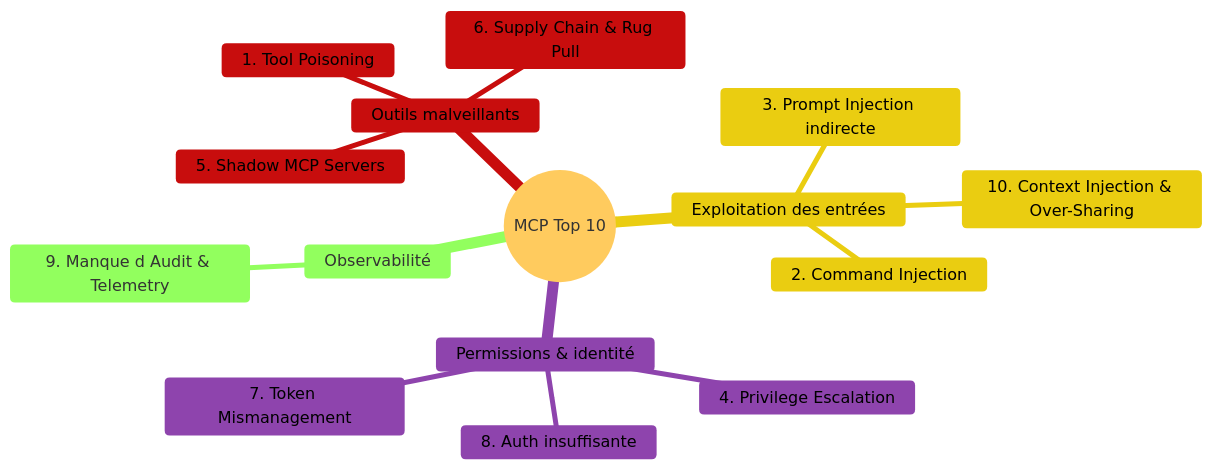
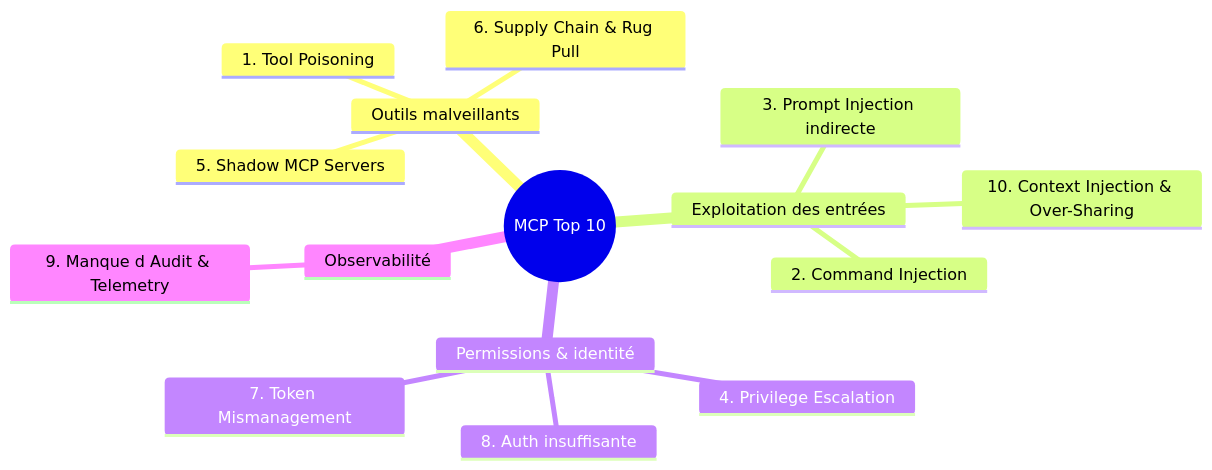
The second of 9 diagrams in step_12.md (pi-2r/devoxxfr2026-workshop-jailbreak-prompt-injection-mcp-poisoning), drawn with Mermaid before and after one commit.

Commit message:
make borders with the same colors

````diff
--- a/step_12.md
+++ b/step_12.md
@@ -93,19 +93,18 @@
 ```mermaid
-%%{init: {'theme': 'base', 'themeVariables': {'cScale0': '#1f870a', 'cScaleLabel0': '#000000', 'cBorder0': '#1f870a', 'cScale1': '#c80d0d', 'cScaleLabel1': '#000000', 'cBorder1': '#c80d0d', 'cScale2': '#eacd11', 'cScaleLabel2': '#000000', 'cBorder2': '#eacd11', 'cScale3': '#8e44ad', 'cScaleLabel3': '#000000', 'cBorder3': '#8e44ad', 'cScalePeer1': '#1f870a', 'cScalePeerLabel1': '#000000', 'cScalePeer2': '#c80d0d', 'cScalePeerLabel2': '#000000', 'cScalePeer3': '#eacd11', 'cScalePeerLabel3': '#000000', 'cScalePeer4': '#7d3c98', 'cScalePeerLabel4': '#000000'}}}%%
 mindmap
   root((MCP Top 10))
     Outils malveillants
       1. Tool Poisoning
       6. Supply Chain & Rug Pull
       5. Shadow MCP Servers
     Exploitation des entrées
       2. Command Injection
       3. Prompt Injection indirecte
       10. Context Injection & Over-Sharing
     Permissions & identité
       4. Privilege Escalation
       7. Token Mismanagement
       8. Auth insuffisante
     Observabilité
       9. Manque d Audit & Telemetry
 ```
````
